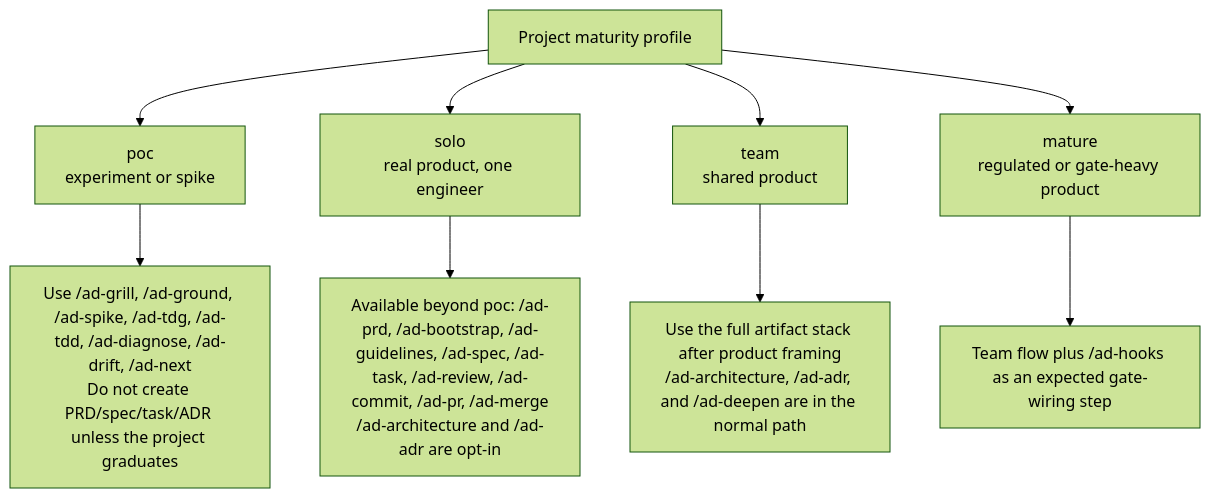
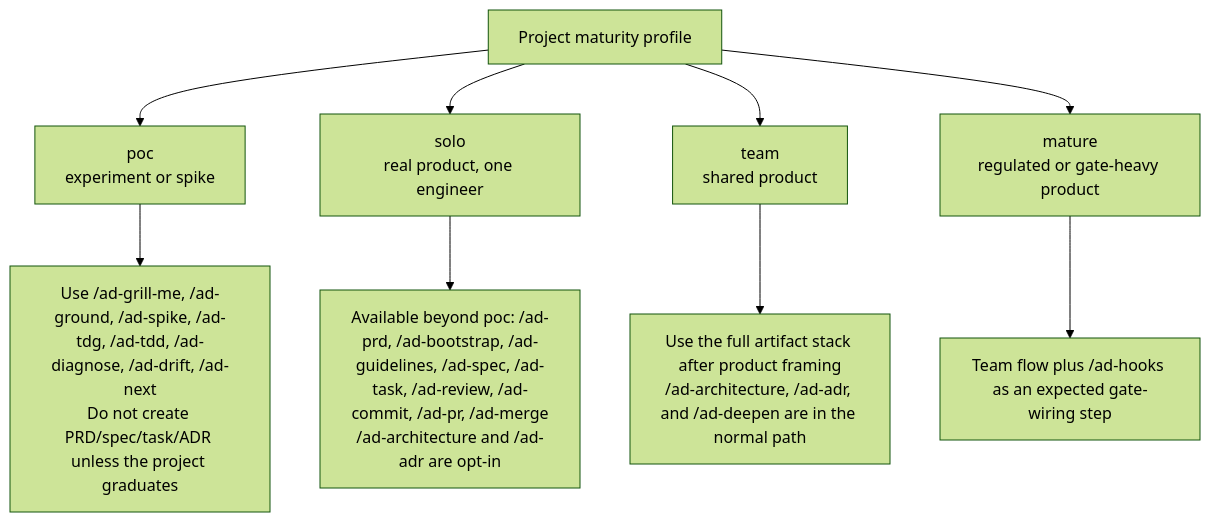
The second of 10 diagrams in WORKFLOW-FLOWS.md (alexandremendoncaalvaro/agentic-development), drawn with Mermaid (forest theme) before and after one commit. The commit also changed other lines of this file and 47 other files, not shown here.

````diff
--- a/WORKFLOW-FLOWS.md
+++ b/WORKFLOW-FLOWS.md
@@ -52,22 +52,22 @@
 ```mermaid
 flowchart TD
     Work["Project maturity profile"]
     Poc["poc<br>experiment or spike"]
     Solo["solo<br>real product, one engineer"]
     Team["team<br>shared product"]
     Mature["mature<br>regulated or gate-heavy product"]
 
-    PocFlow["Use /ad-grill, /ad-ground, /ad-spike, /ad-tdg, /ad-tdd, /ad-diagnose, /ad-drift, /ad-next<br>Do not create PRD/spec/task/ADR unless the project graduates"]
+    PocFlow["Use /ad-grill-me, /ad-ground, /ad-spike, /ad-tdg, /ad-tdd, /ad-diagnose, /ad-drift, /ad-next<br>Do not create PRD/spec/task/ADR unless the project graduates"]
     SoloFlow["Available beyond poc: /ad-prd, /ad-bootstrap, /ad-guidelines, /ad-spec, /ad-task, /ad-review, /ad-commit, /ad-pr, /ad-merge<br>/ad-architecture and /ad-adr are opt-in"]
     TeamFlow["Use the full artifact stack after product framing<br>/ad-architecture, /ad-adr, and /ad-deepen are in the normal path"]
     MatureFlow["Team flow plus /ad-hooks as an expected gate-wiring step"]
 
     Work --> Poc
     Work --> Solo
     Work --> Team
     Work --> Mature
     Poc --> PocFlow
     Solo --> SoloFlow
     Team --> TeamFlow
     Mature --> MatureFlow
 ```
````
